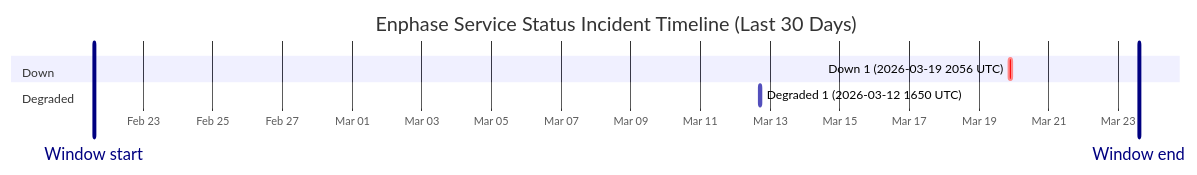
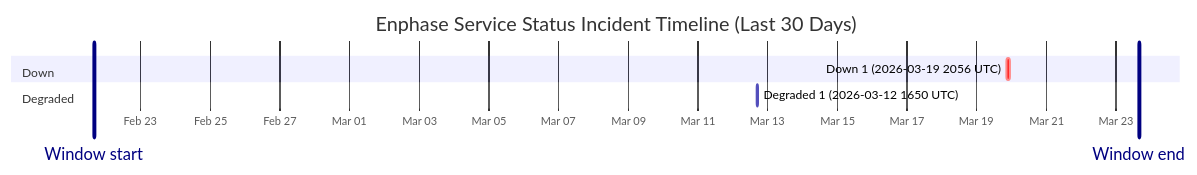
One commit to barneyonline/ha-enphase-ev-charger changed the diagram in wiki/Service-Status-History.md. Above: the diagram before and after it, drawn with Mermaid. The commit also changed other lines of this file and 3 other files, not shown here.

````diff
--- a/wiki/Service-Status-History.md
+++ b/wiki/Service-Status-History.md
@@ -14,12 +14,12 @@
 ```mermaid
 gantt
     title Enphase Service Status Incident Timeline (Last 30 Days)
     dateFormat  YYYY-MM-DDTHH:mm:ss
     axisFormat  %b %d
-    Window start :vert, window-start, 2026-02-21T14:08:30, 0ms
-    Window end :vert, window-end, 2026-03-23T14:08:30, 0ms
+    Window start :vert, window-start, 2026-02-21T15:52:37, 0ms
+    Window end :vert, window-end, 2026-03-23T15:52:37, 0ms
     section Down
     Down 1 (2026-03-19 2056 UTC) :crit, down-1, 2026-03-19T20:56:20, 145m
     section Degraded
     Degraded 1 (2026-03-12 1650 UTC) :active, degraded-1, 2026-03-12T16:50:43, 60m
 ```
````
